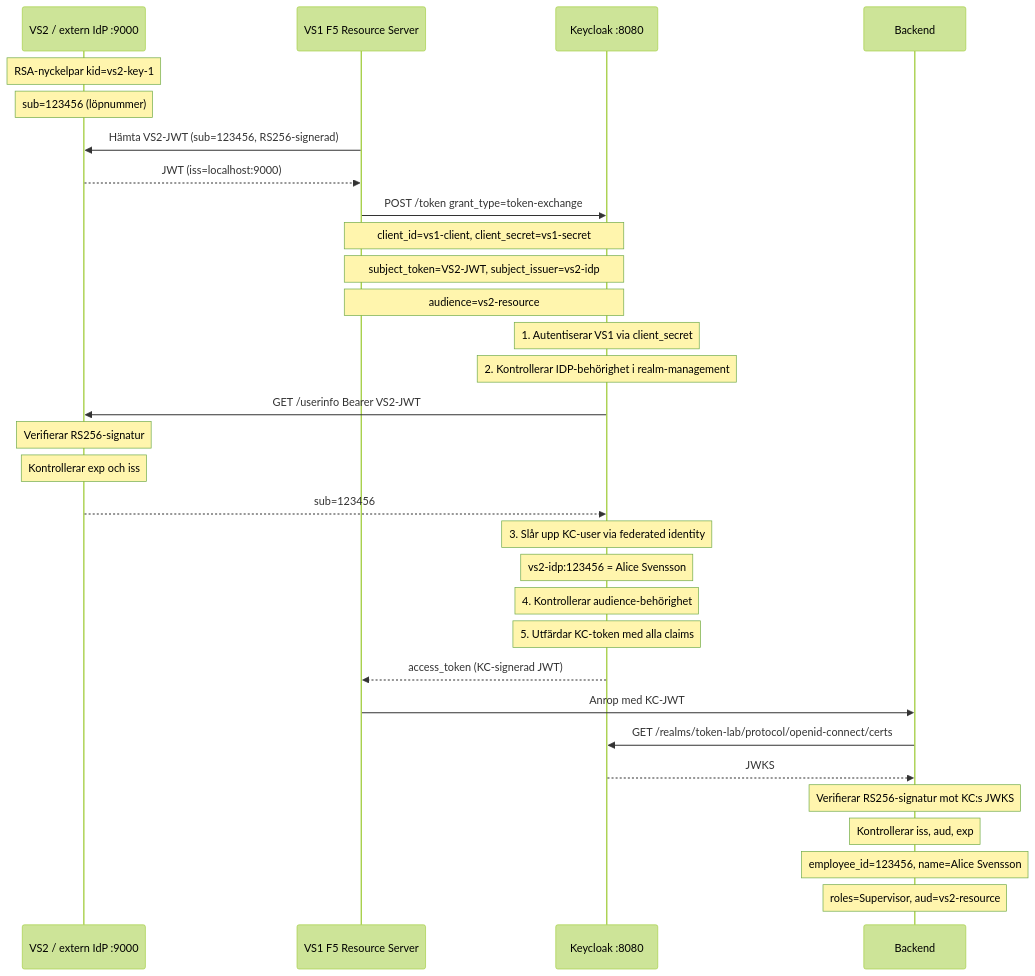
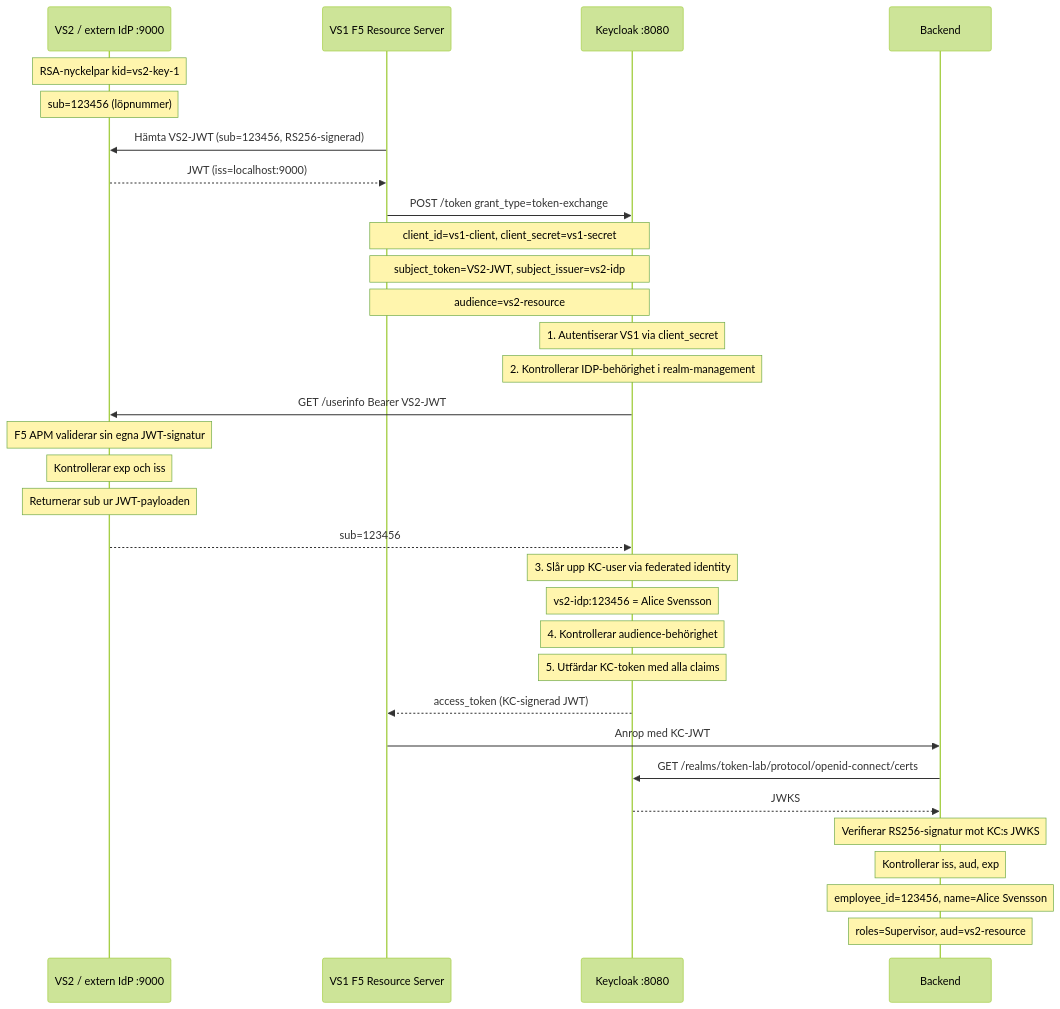
Before and after one commit to rahmla/token-lab: the diagram in README.md, drawn with Mermaid (forest theme). The commit also changed other lines of this file and 6 other files, not shown here.

````diff
--- a/README.md
+++ b/README.md
@@ -37,43 +39,44 @@
 ```mermaid
 sequenceDiagram
     participant VS2 as VS2 / extern IdP :9000
     participant VS1 as VS1 F5 Resource Server
     participant KC as Keycloak :8080
     participant BE as Backend
 
     Note over VS2: RSA-nyckelpar kid=vs2-key-1
     Note over VS2: sub=123456 (löpnummer)
 
     VS1->>VS2: Hämta VS2-JWT (sub=123456, RS256-signerad)
     VS2-->>VS1: JWT (iss=localhost:9000)
 
     VS1->>KC: POST /token grant_type=token-exchange
     Note over VS1,KC: client_id=vs1-client, client_secret=vs1-secret
     Note over VS1,KC: subject_token=VS2-JWT, subject_issuer=vs2-idp
     Note over VS1,KC: audience=vs2-resource
 
     Note over KC: 1. Autentiserar VS1 via client_secret
     Note over KC: 2. Kontrollerar IDP-behörighet i realm-management
 
     KC->>VS2: GET /userinfo Bearer VS2-JWT
-    Note over VS2: Verifierar RS256-signatur
+    Note over VS2: F5 APM validerar sin egna JWT-signatur
     Note over VS2: Kontrollerar exp och iss
+    Note over VS2: Returnerar sub ur JWT-payloaden
     VS2-->>KC: sub=123456
 
     Note over KC: 3. Slår upp KC-user via federated identity
     Note over KC: vs2-idp:123456 = Alice Svensson
     Note over KC: 4. Kontrollerar audience-behörighet
     Note over KC: 5. Utfärdar KC-token med alla claims
 
     KC-->>VS1: access_token (KC-signerad JWT)
 
     VS1->>BE: Anrop med KC-JWT
 
     BE->>KC: GET /realms/token-lab/protocol/openid-connect/certs
     KC-->>BE: JWKS
 
     Note over BE: Verifierar RS256-signatur mot KC:s JWKS
     Note over BE: Kontrollerar iss, aud, exp
     Note over BE: employee_id=123456, name=Alice Svensson
     Note over BE: roles=Supervisor, aud=vs2-resource
 ```
````
